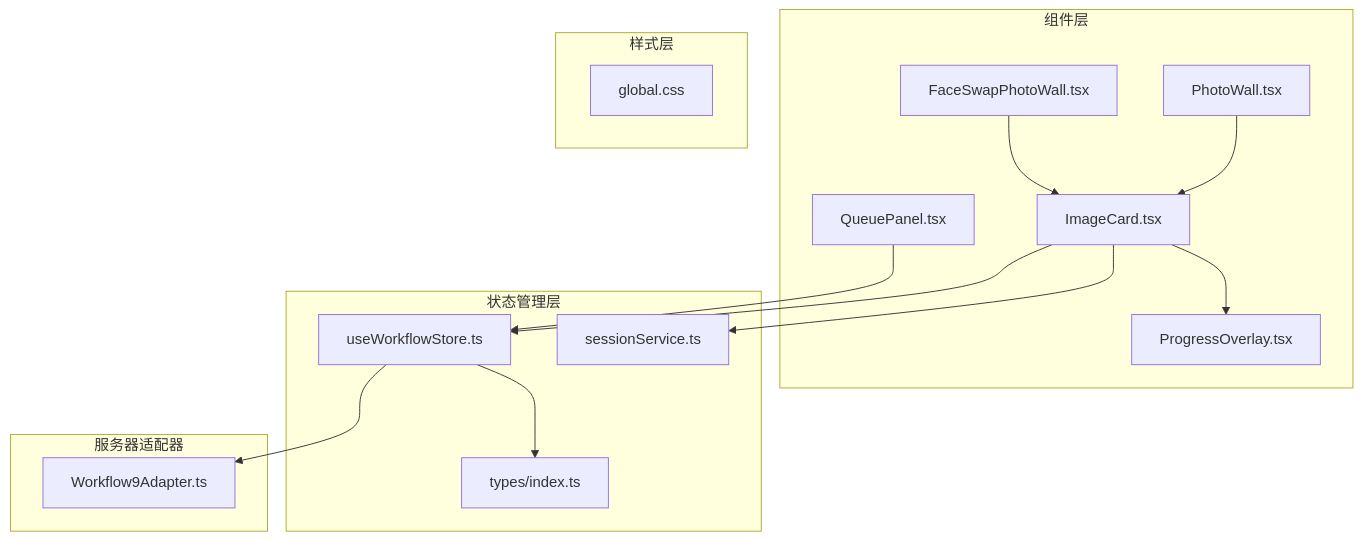
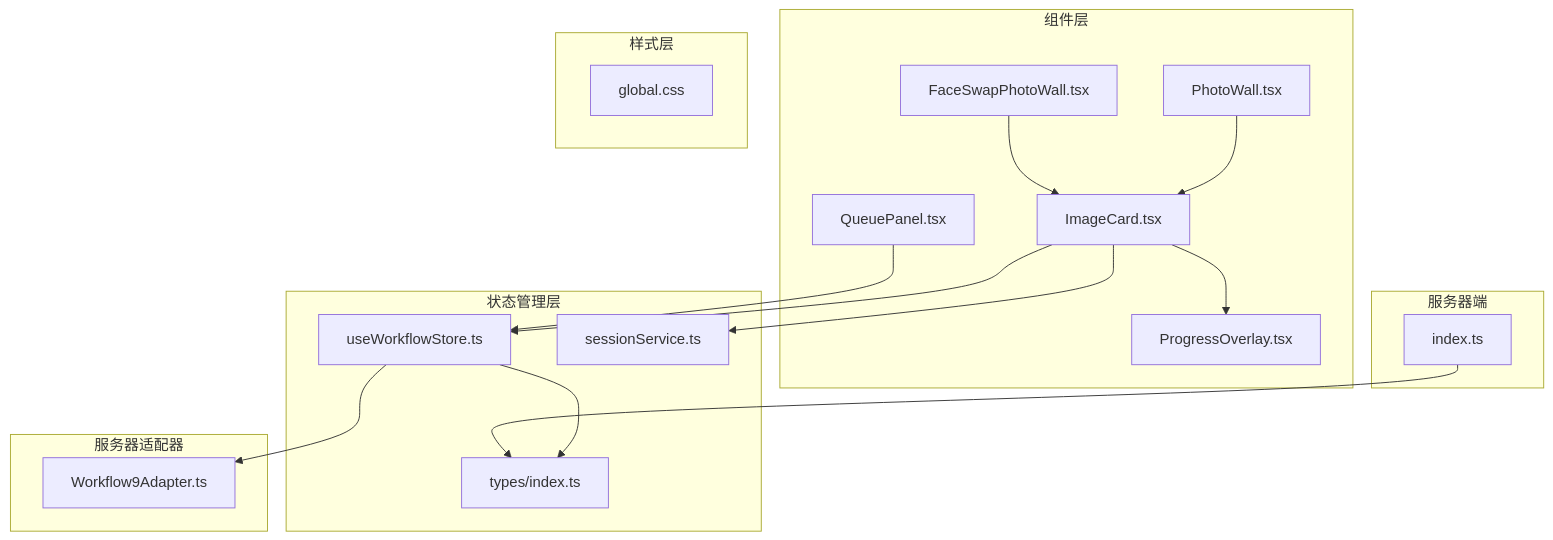
Before and after one commit to billye220670/CorineKit_Pix2Real: the first of 8 diagrams in .qoder/repowiki/zh/content/用户界面组件/核心界面组件/图片卡片组件 (ImageCard)/图片卡片组件 (ImageCard).md, drawn with Mermaid. The commit also changed other lines of this file and 13 other files, not shown here.

````diff
--- a/.qoder/repowiki/zh/content/用户界面组件/核心界面组件/图片卡片组件 (ImageCard)/图片卡片组件 (ImageCard).md
+++ b/.qoder/repowiki/zh/content/用户界面组件/核心界面组件/图片卡片组件 (ImageCard)/图片卡片组件 (ImageCard).md
@@ -46,29 +46,33 @@
 ```mermaid
 graph TB
 subgraph "组件层"
 IC[ImageCard.tsx]
 PW[PhotoWall.tsx]
 FSPW[FaceSwapPhotoWall.tsx]
 PO[ProgressOverlay.tsx]
 QP[QueuePanel.tsx]
 end
 subgraph "状态管理层"
 UWS[useWorkflowStore.ts]
 TS[types/index.ts]
 SS[sessionService.ts]
 end
 subgraph "服务器适配器"
 WA9[Workflow9Adapter.ts]
 end
 subgraph "样式层"
 GC[global.css]
 end
+subgraph "服务器端"
+SI[index.ts]
+end
 PW --> IC
 FSPW --> IC
 IC --> UWS
 IC --> PO
 IC --> SS
 QP --> UWS
 UWS --> TS
 UWS --> WA9
+SI --> TS
 ```
````
